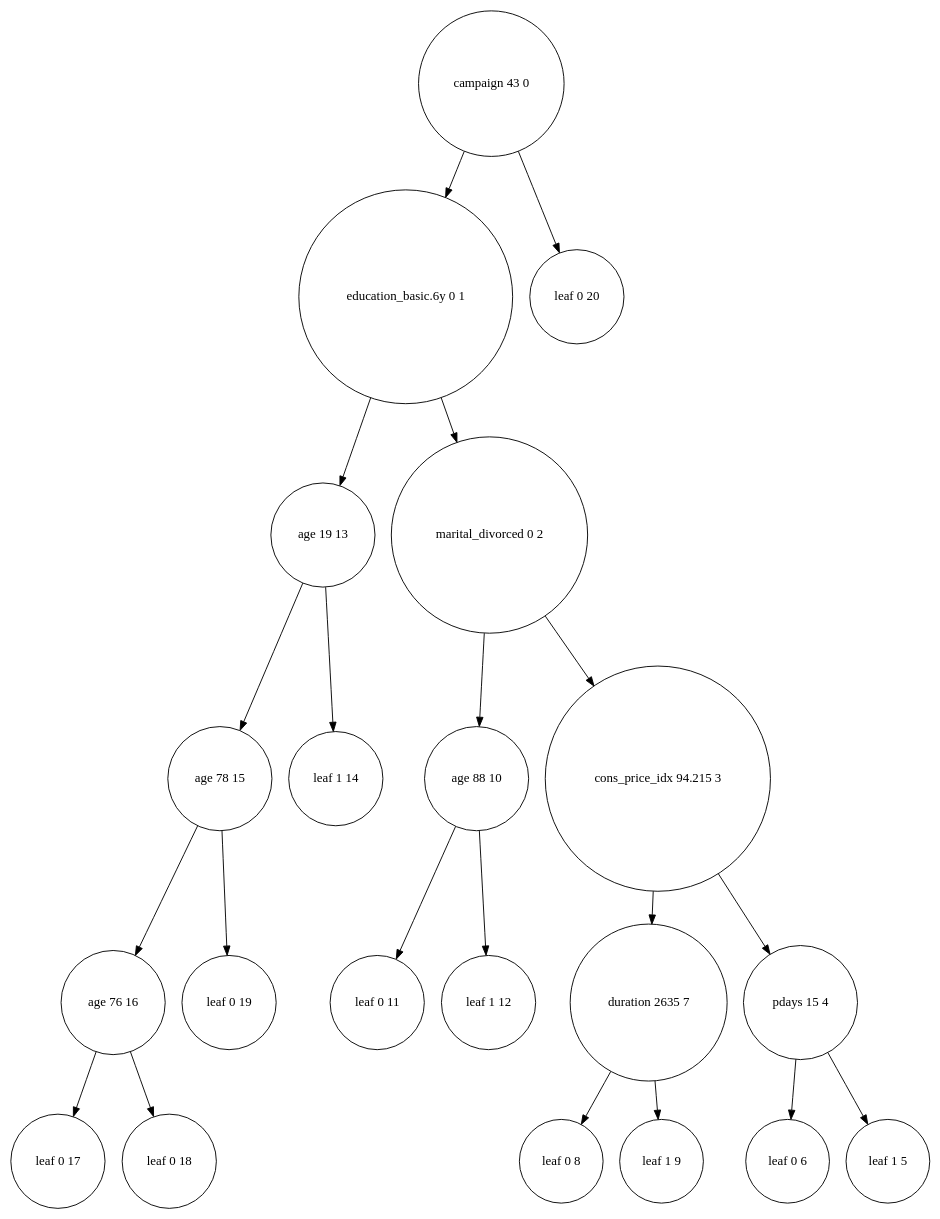
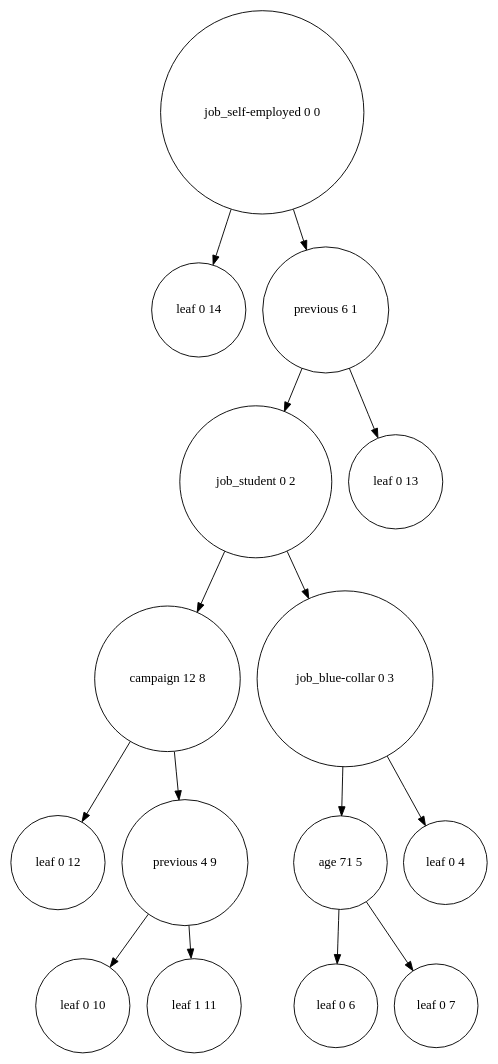
Before and after one commit to samyak19098/DMG-Group12: the diagram in visualizations/Tree/Data3/1_Way/Tree.dot, drawn with Graphviz. The commit also changed 30 other files, not shown here.

```diff
--- a/visualizations/Tree/Data3/1_Way/Tree.dot
+++ b/visualizations/Tree/Data3/1_Way/Tree.dot
@@ -1,44 +1,32 @@
 digraph tree {
-	"campaign 43 0" [label="campaign 43 0", shape=circle]
-	"education_basic.6y 0 1" [label="education_basic.6y 0 1", shape=circle]
-	"leaf 0 20" [label="leaf 0 20", shape=circle]
-	"age 19 13" [label="age 19 13", shape=circle]
-	"marital_divorced 0 2" [label="marital_divorced 0 2", shape=circle]
-	"age 78 15" [label="age 78 15", shape=circle]
-	"leaf 1 14" [label="leaf 1 14", shape=circle]
-	"age 88 10" [label="age 88 10", shape=circle]
-	"cons_price_idx 94.215 3" [label="cons_price_idx 94.215 3", shape=circle]
-	"age 76 16" [label="age 76 16", shape=circle]
-	"leaf 0 19" [label="leaf 0 19", shape=circle]
-	"leaf 0 11" [label="leaf 0 11", shape=circle]
-	"leaf 1 12" [label="leaf 1 12", shape=circle]
-	"duration 2635 7" [label="duration 2635 7", shape=circle]
-	"pdays 15 4" [label="pdays 15 4", shape=circle]
-	"leaf 0 17" [label="leaf 0 17", shape=circle]
-	"leaf 0 18" [label="leaf 0 18", shape=circle]
-	"leaf 0 8" [label="leaf 0 8", shape=circle]
-	"leaf 1 9" [label="leaf 1 9", shape=circle]
+	"job_self-employed 0 0" [label="job_self-employed 0 0", shape=circle]
+	"leaf 0 14" [label="leaf 0 14", shape=circle]
+	"previous 6 1" [label="previous 6 1", shape=circle]
+	"job_student 0 2" [label="job_student 0 2", shape=circle]
+	"leaf 0 13" [label="leaf 0 13", shape=circle]
+	"campaign 12 8" [label="campaign 12 8", shape=circle]
+	"job_blue-collar 0 3" [label="job_blue-collar 0 3", shape=circle]
+	"leaf 0 12" [label="leaf 0 12", shape=circle]
+	"previous 4 9" [label="previous 4 9", shape=circle]
+	"age 71 5" [label="age 71 5", shape=circle]
+	"leaf 0 4" [label="leaf 0 4", shape=circle]
+	"leaf 0 10" [label="leaf 0 10", shape=circle]
+	"leaf 1 11" [label="leaf 1 11", shape=circle]
 	"leaf 0 6" [label="leaf 0 6", shape=circle]
-	"leaf 1 5" [label="leaf 1 5", shape=circle]
+	"leaf 0 7" [label="leaf 0 7", shape=circle]
 
-	"campaign 43 0" -> "education_basic.6y 0 1"
-	"campaign 43 0" -> "leaf 0 20"
-	"education_basic.6y 0 1" -> "marital_divorced 0 2"
-	"education_basic.6y 0 1" -> "age 19 13"
-	"age 19 13" -> "leaf 1 14"
-	"age 19 13" -> "age 78 15"
-	"marital_divorced 0 2" -> "cons_price_idx 94.215 3"
-	"marital_divorced 0 2" -> "age 88 10"
-	"age 78 15" -> "age 76 16"
-	"age 78 15" -> "leaf 0 19"
-	"age 88 10" -> "leaf 0 11"
-	"age 88 10" -> "leaf 1 12"
-	"cons_price_idx 94.215 3" -> "pdays 15 4"
-	"cons_price_idx 94.215 3" -> "duration 2635 7"
-	"age 76 16" -> "leaf 0 17"
-	"age 76 16" -> "leaf 0 18"
-	"duration 2635 7" -> "leaf 0 8"
-	"duration 2635 7" -> "leaf 1 9"
-	"pdays 15 4" -> "leaf 1 5"
-	"pdays 15 4" -> "leaf 0 6"
+	"job_self-employed 0 0" -> "previous 6 1"
+	"job_self-employed 0 0" -> "leaf 0 14"
+	"previous 6 1" -> "job_student 0 2"
+	"previous 6 1" -> "leaf 0 13"
+	"job_student 0 2" -> "job_blue-collar 0 3"
+	"job_student 0 2" -> "campaign 12 8"
+	"campaign 12 8" -> "previous 4 9"
+	"campaign 12 8" -> "leaf 0 12"
+	"job_blue-collar 0 3" -> "leaf 0 4"
+	"job_blue-collar 0 3" -> "age 71 5"
+	"previous 4 9" -> "leaf 0 10"
+	"previous 4 9" -> "leaf 1 11"
+	"age 71 5" -> "leaf 0 6"
+	"age 71 5" -> "leaf 0 7"
 }
```
